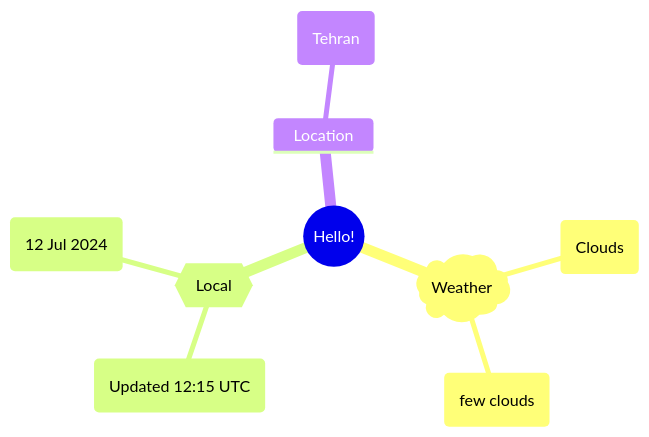
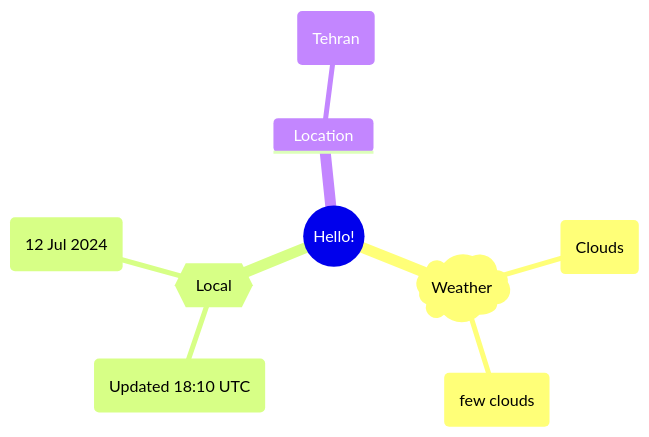
Before and after one commit to Xosrov/Xosrov: the first of 2 diagrams in README.md, drawn with Mermaid.

Commit message:
[bot] updated images

````diff
--- a/README.md
+++ b/README.md
@@ -3,12 +3,12 @@
 ```mermaid
 mindmap
   root((Hello!))
     )Weather(
         (Clouds)
         (few clouds)
     {{Local}}
-        (Updated 12:15 UTC)
+        (Updated 18:10 UTC)
         (12 Jul 2024)
     Location
         (Tehran)
 ```
````
